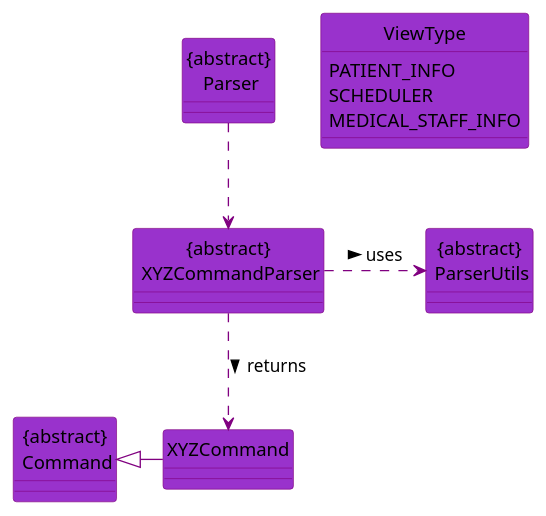
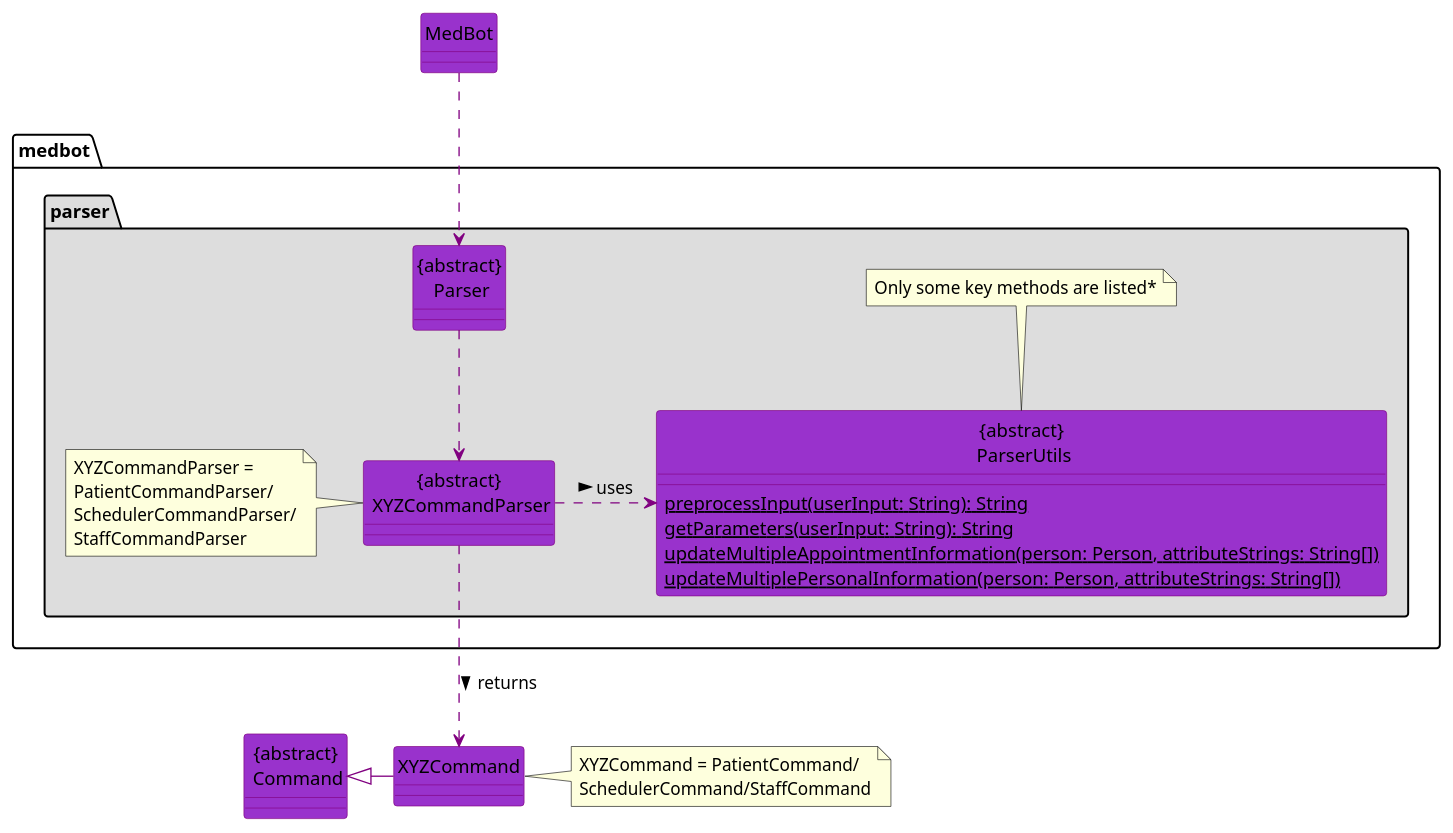
Before and after one commit to nus-cs2113-AY2122S1/tp: the diagram in docs/diagrams/pumlfiles/ParserClassDiagram.puml, drawn with PlantUML. The commit also changed 6 other files, not shown here.

Commit message:
Add Parser Sequence and Class Diagrams

```diff
--- a/docs/diagrams/pumlfiles/ParserClassDiagram.puml
+++ b/docs/diagrams/pumlfiles/ParserClassDiagram.puml
@@ -1,33 +1,36 @@
 @startuml
 'https://plantuml.com/class-diagram
 
 hide circle
 skinparam classAttributeIconSize 0
 skinparam class {
 BackgroundColor DarkOrchid
 ArrowColor Purple
 BorderColor Purple
 }
-
+package medbot.parser #DDDDDD {
 class "{abstract}\n Parser"
 class "{abstract}\n XYZCommandParser"
-class "{abstract}\n ParserUtils"
-class "{abstract}\n Command"
-class XYZCommand
-
-"{abstract}\n Command" <|- XYZCommand
+class "{abstract}\n ParserUtils" {
+    {static} preprocessInput(userInput: String): String
+    {static} getParameters(userInput: String): String
+    {static} updateMultipleAppointmentInformation(person: Person, attributeStrings: String[])
+    {static} updateMultiplePersonalInformation(person: Person, attributeStrings: String[])
+}
 
 "{abstract}\n Parser" ..> "{abstract}\n XYZCommandParser"
-
 "{abstract}\n XYZCommandParser" .> "{abstract}\n ParserUtils" : > uses
 
-"{abstract}\n XYZCommandParser" ..> XYZCommand : > returns
-
-
-enum ViewType {
-PATIENT_INFO
-SCHEDULER
-MEDICAL_STAFF_INFO
+note left of "{abstract}\n XYZCommandParser" : XYZCommandParser =\nPatientCommandParser/\nSchedulerCommandParser/\nStaffCommandParser
+note top of "{abstract}\n ParserUtils" : Only some key methods are listed*
 }
 
+class "{abstract}\n Command"
+
+"{abstract}\n Parser" <.up.MedBot
+"{abstract}\n Command" <|- XYZCommand
+"{abstract}\n XYZCommandParser" ..> XYZCommand :  > returns
+
+note right of XYZCommand : XYZCommand = PatientCommand/\nSchedulerCommand/StaffCommand
+
 @enduml
```
